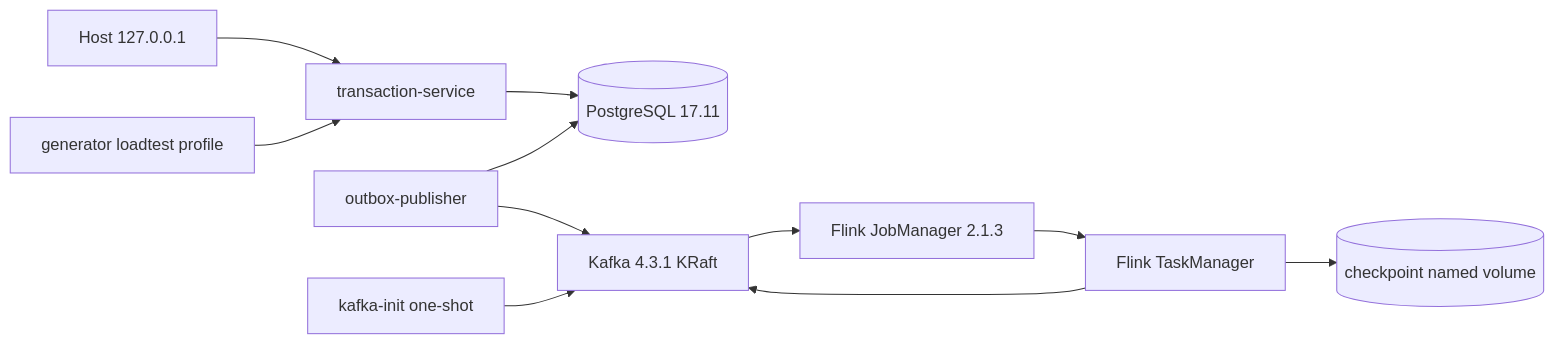
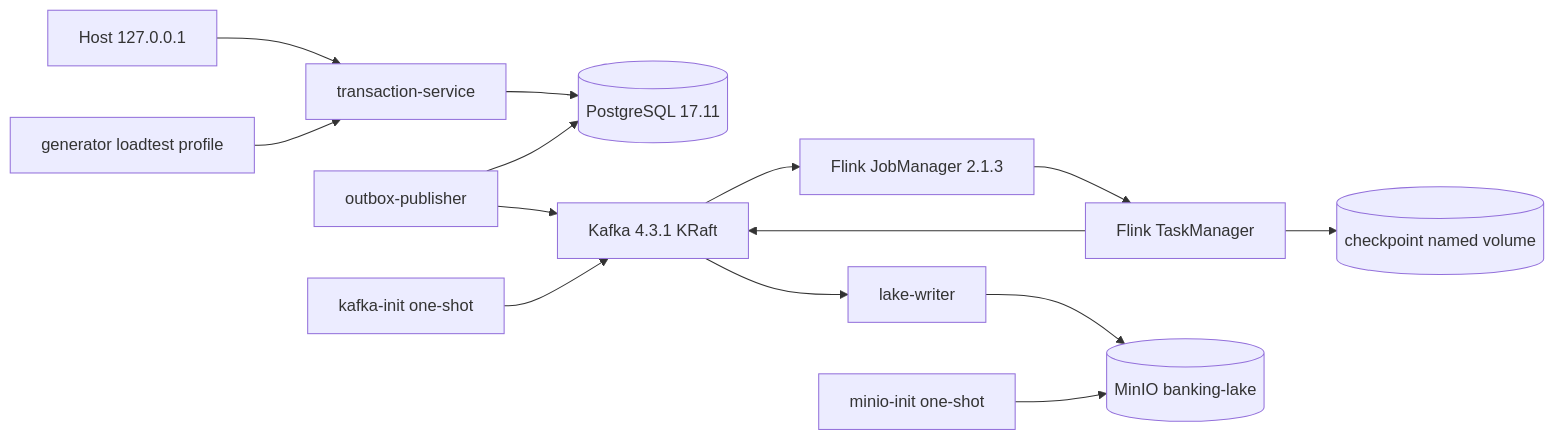
One commit to hquan07/java-banking-data-platform changed the third of 3 diagrams in docs/architecture.md. Above: the diagram before and after it, drawn with Mermaid. The commit also changed other lines of this file and 41 other files, not shown here.

Commit message:
feat(phase6): add MinIO data lake

````diff
--- a/docs/architecture.md
+++ b/docs/architecture.md
@@ -72,13 +72,16 @@
 ```mermaid
 flowchart LR
     HOST[Host 127.0.0.1] --> API[transaction-service]
     API --> PG[(PostgreSQL 17.11)]
     PUB[outbox-publisher] --> PG
     PUB --> K[Kafka 4.3.1 KRaft]
     INIT[kafka-init one-shot] --> K
     GEN[generator loadtest profile] --> API
     K --> JM[Flink JobManager 2.1.3]
     JM --> TM[Flink TaskManager]
     TM --> K
     TM --> CP[(checkpoint named volume)]
+    K --> LW[lake-writer]
+    LW --> M[(MinIO banking-lake)]
+    MI[minio-init one-shot] --> M
 ```
````
